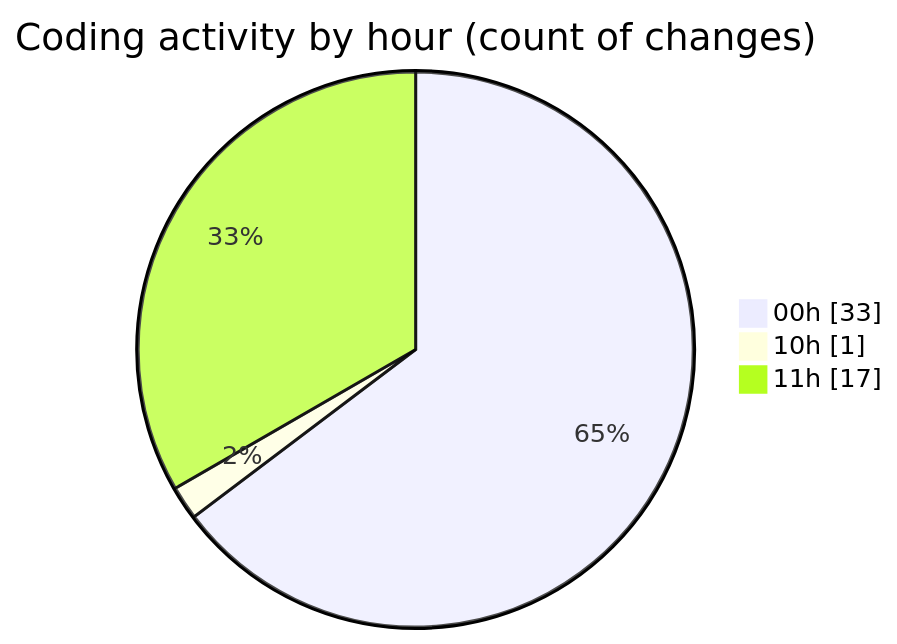
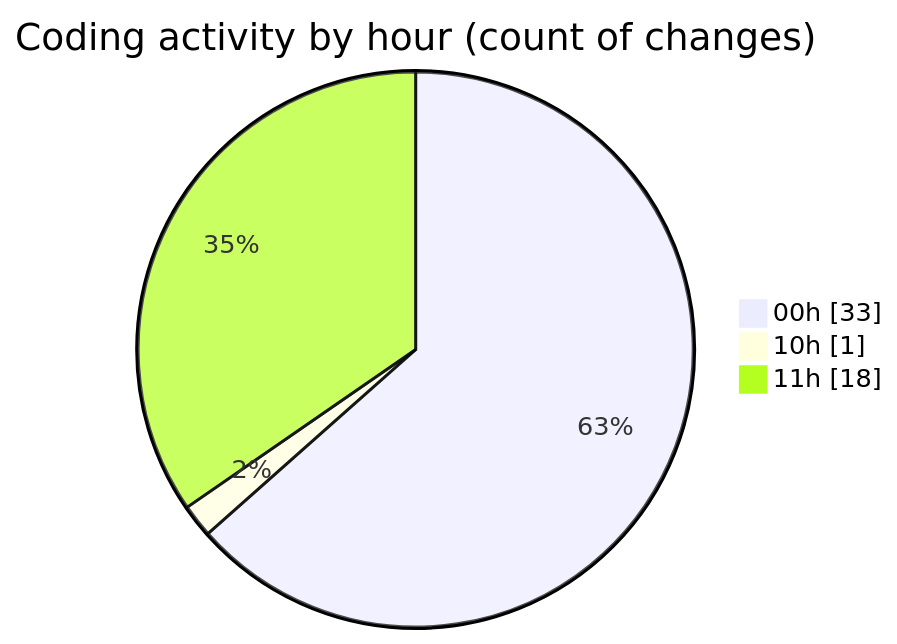
Before and after one commit to nxtqubesakshisongat/code-tracking: the second of 2 diagrams in 2025-08-10/nxtqube_webapp/README.md, drawn with Mermaid. The commit also changed other lines of this file and 1 other file, not shown here.

````diff
--- a/2025-08-10/nxtqube_webapp/README.md
+++ b/2025-08-10/nxtqube_webapp/README.md
@@ -29,7 +29,7 @@
 ```mermaid
 pie showData
 title Coding activity by hour (count of changes)
 "00h" : 33
 "10h" : 1
-"11h" : 17
+"11h" : 18
 ```
````
